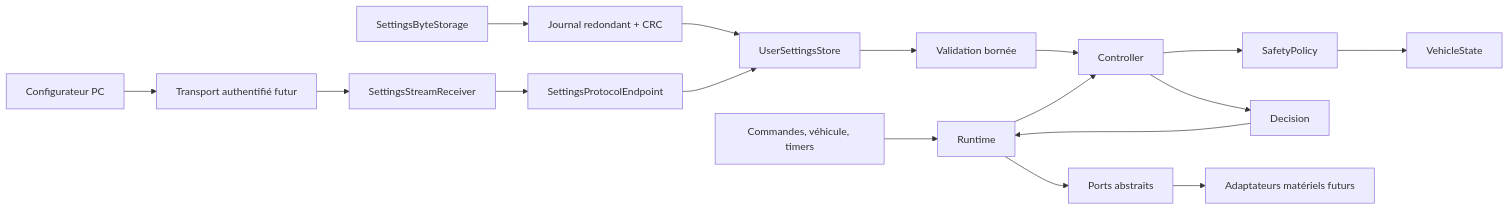
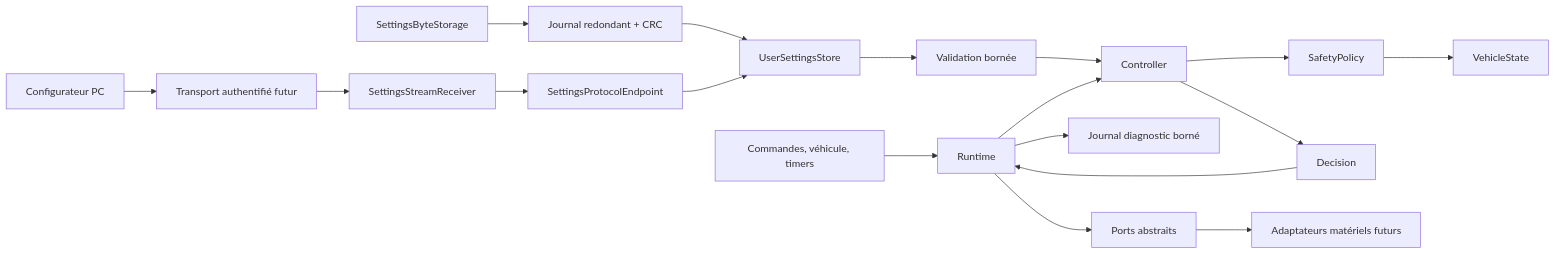
Before and after one commit to Synaro/BMW-E9x-Remote-Control: the first of 3 diagrams in docs/architecture.md, drawn with Mermaid. The commit also changed other lines of this file and 15 other files, not shown here.

Commit message:
Add bounded diagnostic journal

````diff
--- a/docs/architecture.md
+++ b/docs/architecture.md
@@ -14,19 +14,20 @@
 ```mermaid
 flowchart LR
     Sources["Commandes, véhicule, timers"] --> Runtime["Runtime"]
     Bytes["SettingsByteStorage"] --> Journal["Journal redondant + CRC"]
     Journal --> Settings["UserSettingsStore"]
     Configurator["Configurateur PC"] --> Transport["Transport authentifié futur"]
     Transport --> Stream["SettingsStreamReceiver"]
     Stream --> Protocol["SettingsProtocolEndpoint"]
     Protocol --> Settings
     Settings --> Validation["Validation bornée"]
     Validation --> Controller
     Runtime --> Controller["Controller"]
     Controller --> Policy["SafetyPolicy"]
     Policy --> Model["VehicleState"]
     Controller --> Decision["Decision"]
     Decision --> Runtime
+    Runtime --> Diagnostics["Journal diagnostic borné"]
     Runtime --> Ports["Ports abstraits"]
     Ports --> Adapters["Adaptateurs matériels futurs"]
 ```
````
